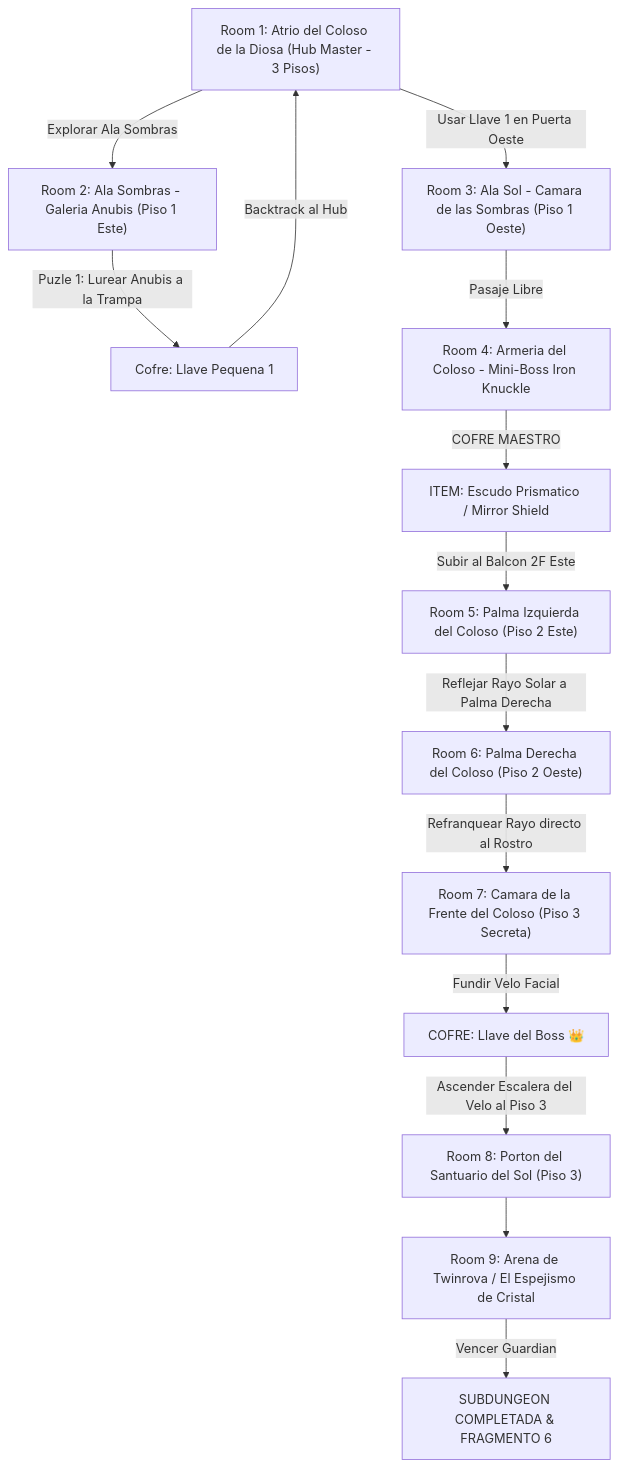
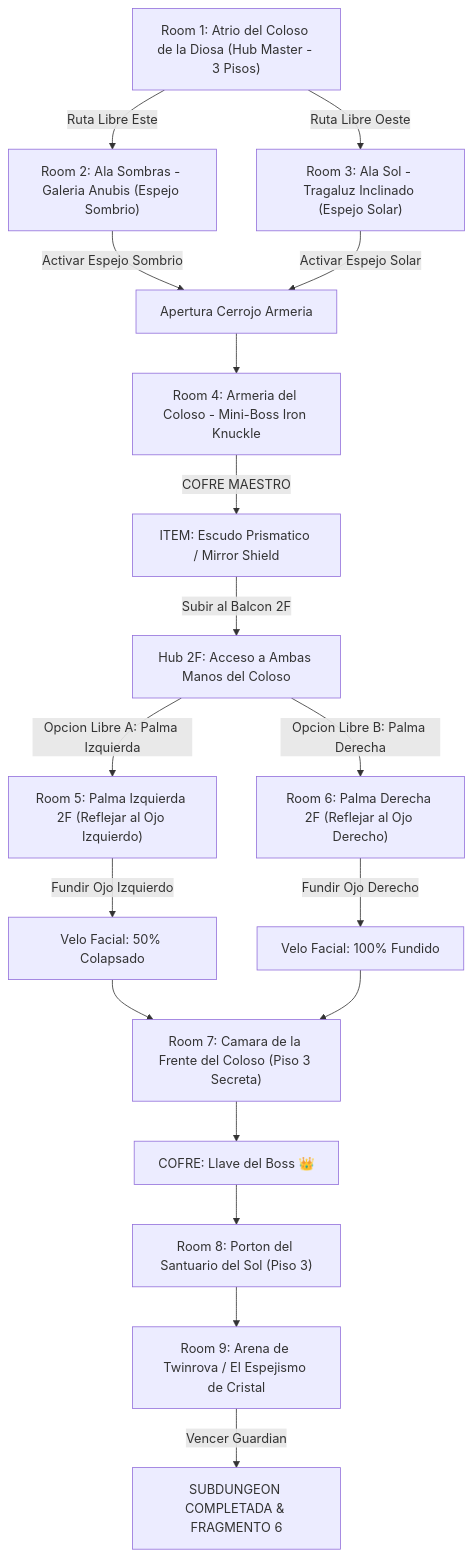
One commit to linkmati/ShivathLyss changed the diagram in 7 - DM/OneShots/ARepeat/Subdungeons/06_Subdungeon_Luz_Santuario.md. Above: the diagram before and after it, drawn with Mermaid. The commit also changed other lines of this file and 1 other file, not shown here.

Commit message:
Implement true dual-branching non-linear flow for Subdungeons 4 and 6

````diff
--- a/7 - DM/OneShots/ARepeat/Subdungeons/06_Subdungeon_Luz_Santuario.md
+++ b/7 - DM/OneShots/ARepeat/Subdungeons/06_Subdungeon_Luz_Santuario.md
@@ -15,20 +15,26 @@
 ```mermaid
 graph TD
-    S1["Room 1: Atrio del Coloso de la Diosa (Hub Master - 3 Pisos)"] -->|Explorar Ala Sombras| S2["Room 2: Ala Sombras - Galeria Anubis (Piso 1 Este)"]
-    S2 -->|Puzle 1: Lurear Anubis a la Trampa| S2_Key["Cofre: Llave Pequena 1"]
-    S2_Key -->|Backtrack al Hub| S1
+    S1["Room 1: Atrio del Coloso de la Diosa (Hub Master - 3 Pisos)"] -->|Ruta Libre Este| S2["Room 2: Ala Sombras - Galeria Anubis (Espejo Sombrio)"]
+    S1 -->|Ruta Libre Oeste| S3["Room 3: Ala Sol - Tragaluz Inclinado (Espejo Solar)"]
     
-    S1 -->|Usar Llave 1 en Puerta Oeste| S3["Room 3: Ala Sol - Camara de las Sombras (Piso 1 Oeste)"]
-    S3 -->|Pasaje Libre| S4["Room 4: Armeria del Coloso - Mini-Boss Iron Knuckle"]
+    S2 -->|Activar Espejo Sombrio| S4_Unlock["Apertura Cerrojo Armeria"]
+    S3 -->|Activar Espejo Solar| S4_Unlock
+    
+    S4_Unlock --> S4["Room 4: Armeria del Coloso - Mini-Boss Iron Knuckle"]
     S4 -->|COFRE MAESTRO| Item["ITEM: Escudo Prismatico / Mirror Shield"]
     
-    Item -->|Subir al Balcon 2F Este| S5["Room 5: Palma Izquierda del Coloso (Piso 2 Este)"]
-    S5 -->|Reflejar Rayo Solar a Palma Derecha| S6["Room 6: Palma Derecha del Coloso (Piso 2 Oeste)"]
+    Item -->|Subir al Balcon 2F| Hub2F["Hub 2F: Acceso a Ambas Manos del Coloso"]
     
-    S6 -->|Refranquear Rayo directo al Rostro| S7["Room 7: Camara de la Frente del Coloso (Piso 3 Secreta)"]
-    S7 -->|Fundir Velo Facial| BossKey["COFRE: Llave del Boss 👑"]
+    Hub2F -->|Opcion Libre A: Palma Izquierda| S5["Room 5: Palma Izquierda 2F (Reflejar al Ojo Izquierdo)"]
+    Hub2F -->|Opcion Libre B: Palma Derecha| S6["Room 6: Palma Derecha 2F (Reflejar al Ojo Derecho)"]
     
-    BossKey -->|Ascender Escalera del Velo al Piso 3| S8["Room 8: Porton del Santuario del Sol (Piso 3)"]
+    S5 -->|Fundir Ojo Izquierdo| Face1["Velo Facial: 50% Colapsado"]
+    S6 -->|Fundir Ojo Derecho| Face2["Velo Facial: 100% Fundido"]
+    
+    Face1 & Face2 --> S7["Room 7: Camara de la Frente del Coloso (Piso 3 Secreta)"]
+    S7 --> BossKey["COFRE: Llave del Boss 👑"]
+    
+    BossKey --> S8["Room 8: Porton del Santuario del Sol (Piso 3)"]
     S8 --> S9["Room 9: Arena de Twinrova / El Espejismo de Cristal"]
     S9 -->|Vencer Guardian| Win["SUBDUNGEON COMPLETADA & FRAGMENTO 6"]
 ```
````
